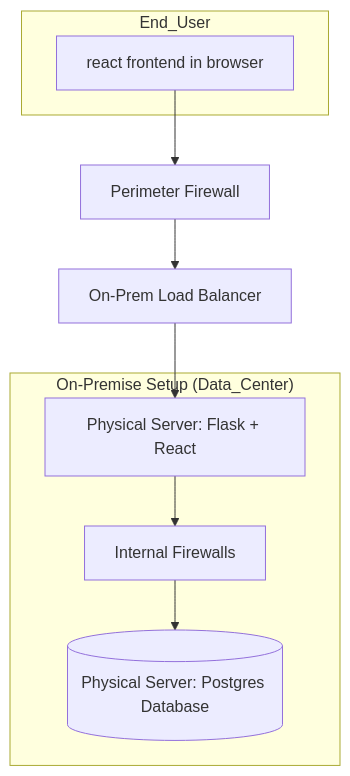
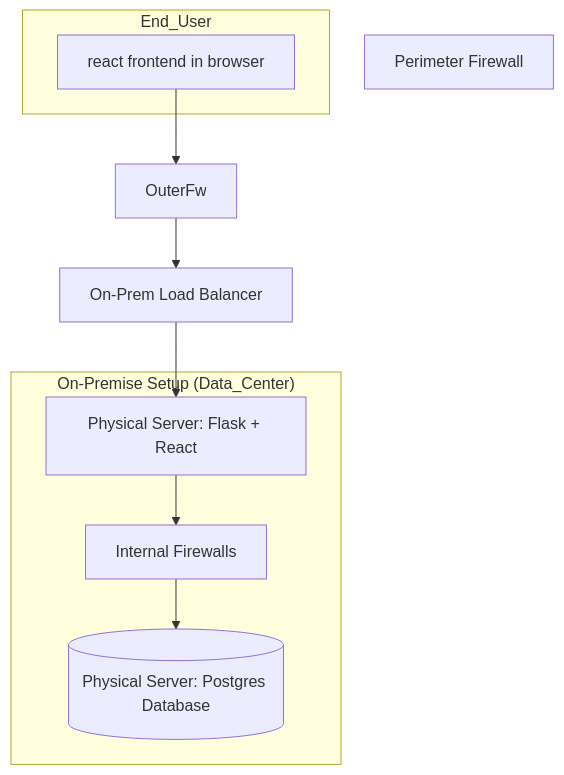
One commit to Sighopss/Algonquin-Code-Base changed the third of 3 diagrams in lab2.md. Above: the diagram before and after it, drawn with Mermaid. The commit also changed other lines of this file, not shown here.

````diff
--- a/lab2.md
+++ b/lab2.md
@@ -39,18 +39,18 @@
 ```mermaid
 graph TB
     subgraph User["End_User"]
         UI[react frontend in browser]
     end
 
     OuterFW[Perimeter Firewall]
     HardwareLB[On-Prem Load Balancer]
 
     subgraph OnPrem["On-Premise Setup (Data_Center)"]
         Server1[Physical Server: Flask + React]
         InnerFW[Internal Firewalls]
         Server2[(Physical Server: Postgres Database)]
     end
 
-    UI --> OuterFW --> HardwareLB --> Server1
+    UI --> OuterFw --> HardwareLB --> Server1
     Server1 --> InnerFW --> Server2
 ```
````
